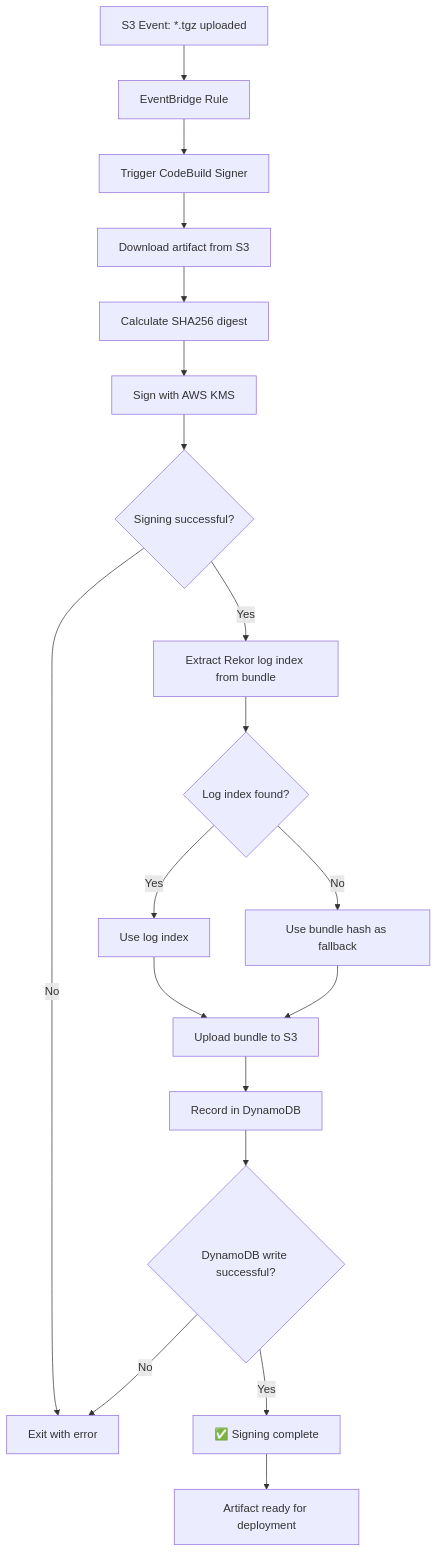
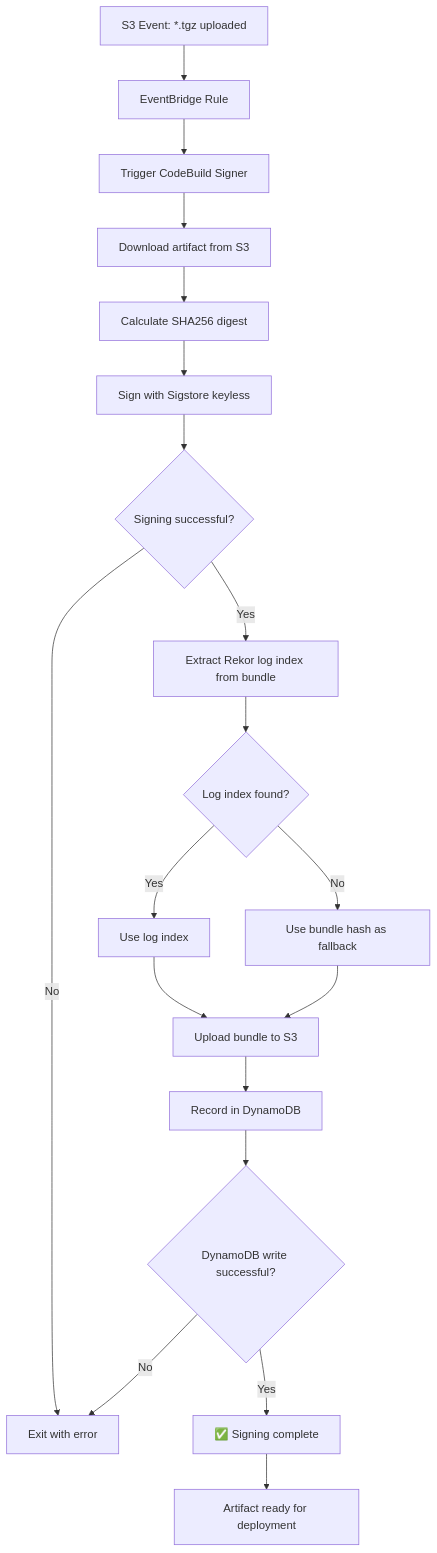
One commit to tanishk97/MICS295Capstone changed the third of 6 diagrams in TECHNICAL_DOCUMENTATION.md. Above: the diagram before and after it, drawn with Mermaid. The commit also changed other lines of this file, not shown here.

Commit message:
Update documentation: Remove AWS KMS, add Sigstore keyless signing

````diff
--- a/TECHNICAL_DOCUMENTATION.md
+++ b/TECHNICAL_DOCUMENTATION.md
@@ -370,27 +372,27 @@
 ```mermaid
 flowchart TD
     A[S3 Event: *.tgz uploaded] --> B[EventBridge Rule]
     B --> C[Trigger CodeBuild Signer]
     C --> D[Download artifact from S3]
     D --> E[Calculate SHA256 digest]
-    E --> F[Sign with AWS KMS]
+    E --> F[Sign with Sigstore keyless]
     F --> G{Signing successful?}
     
     G -->|Yes| H[Extract Rekor log index from bundle]
     G -->|No| Z[Exit with error]
     
     H --> I{Log index found?}
     I -->|Yes| J[Use log index]
     I -->|No| K[Use bundle hash as fallback]
     
     J --> L[Upload bundle to S3]
     K --> L
     
     L --> M[Record in DynamoDB]
     M --> N{DynamoDB write successful?}
     
     N -->|Yes| O[✅ Signing complete]
     N -->|No| Z
     
     O --> P[Artifact ready for deployment]
 ```
````
